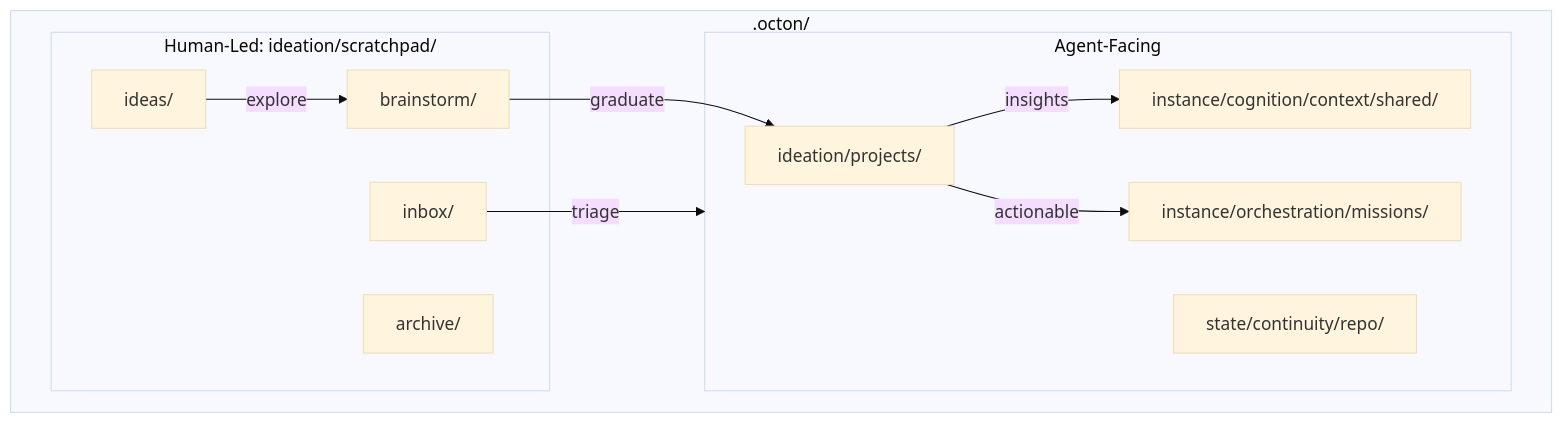
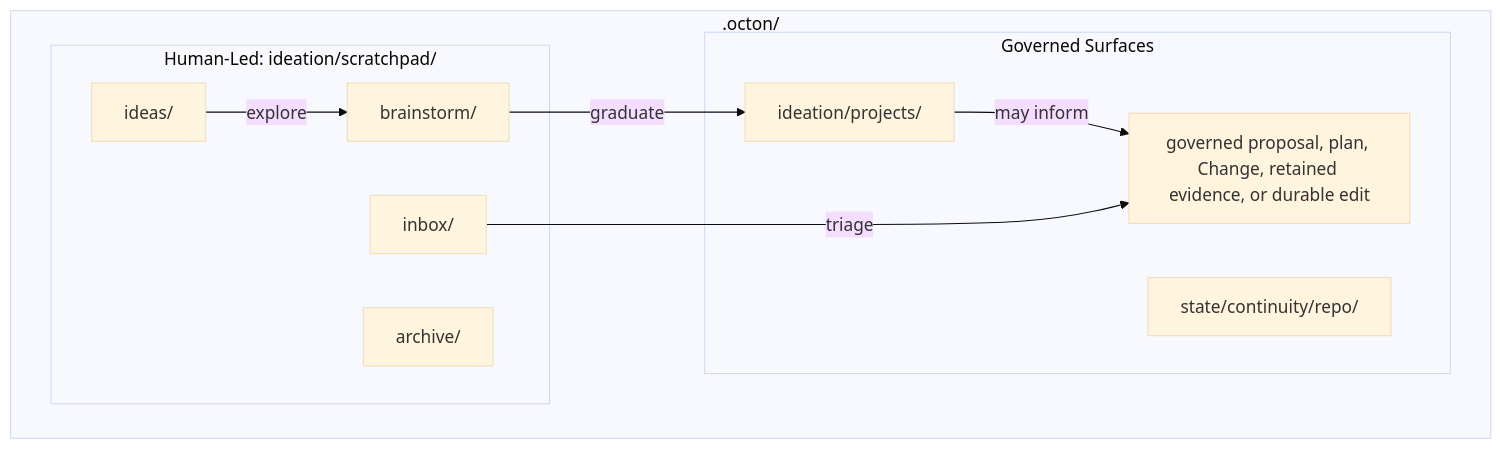
Before and after one commit to jamesryancooper/octon: the third of 3 diagrams in .octon/framework/cognition/_meta/architecture/inputs/exploratory/ideation/scratchpad.md, drawn with Mermaid (base theme). The commit also changed other lines of this file and 24 other files, not shown here.

````diff
--- a/.octon/framework/cognition/_meta/architecture/inputs/exploratory/ideation/scratchpad.md
+++ b/.octon/framework/cognition/_meta/architecture/inputs/exploratory/ideation/scratchpad.md
@@ -242,24 +244,22 @@
 ```mermaid
 graph TB
     subgraph harness_root [.octon/]
-        subgraph agent_facing [Agent-Facing]
+        subgraph governed_surfaces [Governed Surfaces]
             projects[ideation/projects/]
-            context[instance/cognition/context/shared/]
             progress[state/continuity/repo/]
-            missions[instance/orchestration/missions/]
+            governed[governed proposal, plan, Change, retained evidence, or durable edit]
         end
 
         subgraph human_led [Human-Led: ideation/scratchpad/]
             brainstorm[brainstorm/]
             ideas[ideas/]
             inbox[inbox/]
             archive[archive/]
         end
     end
 
     ideas -->|explore| brainstorm
     brainstorm -->|graduate| projects
-    projects -->|insights| context
-    projects -->|actionable| missions
-    inbox -->|triage| agent_facing
+    projects -->|may inform| governed
+    inbox -->|triage| governed
 ```
````
